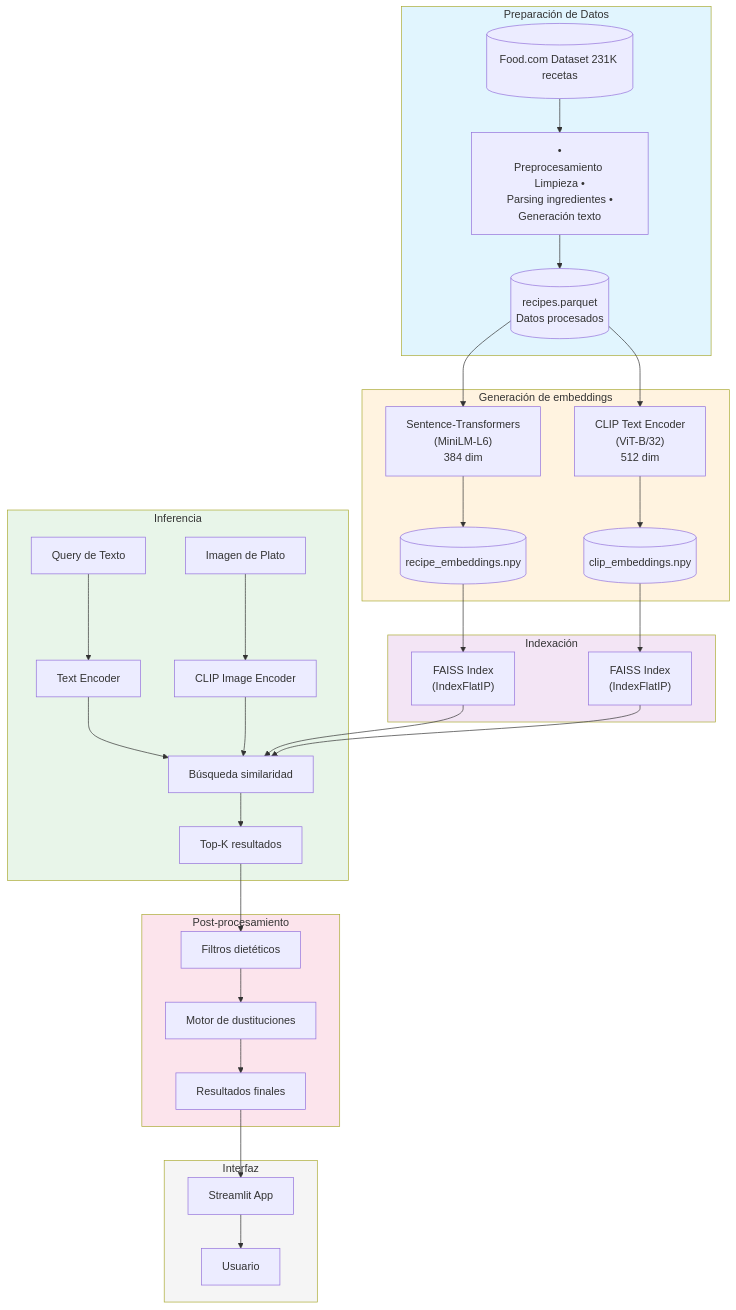
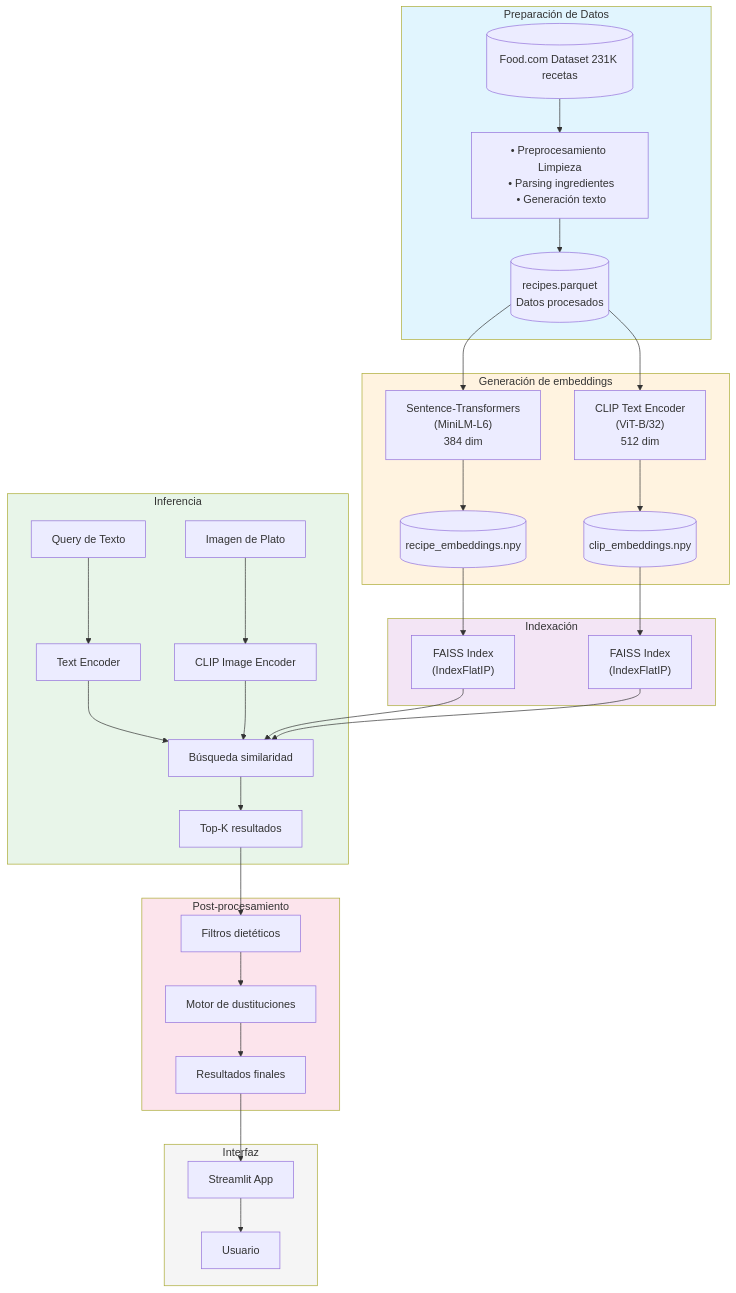
Before and after one commit to martinbrocca/CEIA-VIT: the first of 2 diagrams in README.md, drawn with Mermaid.

Commit message:
Arreglos al ReadMe

````diff
--- a/README.md
+++ b/README.md
@@ -15,47 +15,47 @@
 ```mermaid
 flowchart TB
     subgraph DATOS[" Preparación de Datos"]
-        A[("Food.com Dataset 231K recetas")] --> B["•<br>Preprocesamiento Limpieza •<br>Parsing ingredientes •<br>Generación texto"]
+        A[("Food.com Dataset 231K recetas")] --> B["• Preprocesamiento Limpieza<br> • Parsing ingredientes<br> • Generación texto"]
         B --> C[("recipes.parquet\nDatos procesados")]
     end
 
     subgraph EMBEDDINGS[" Generación de embeddings"]
         C --> D["Sentence-Transformers\n(MiniLM-L6)\n384 dim"]
         C --> E["CLIP Text Encoder\n(ViT-B/32)\n512 dim"]
         D --> F[("recipe_embeddings.npy")]
         E --> G[("clip_embeddings.npy")]
     end
 
     subgraph INDEX[" Indexación"]
         F --> H["FAISS Index\n(IndexFlatIP)"]
         G --> I["FAISS Index\n(IndexFlatIP)"]
     end
 
     subgraph INFERENCE[" Inferencia"]
         J["Query de Texto"] --> K["Text Encoder"]
         L["Imagen de Plato"] --> M["CLIP Image Encoder"]
         K --> N["Búsqueda similaridad"]
         M --> N
         H --> N
         I --> N
         N --> O["Top-K resultados"]
     end
 
     subgraph POSTPROCESS[" Post-procesamiento"]
         O --> P["Filtros dietéticos"]
         P --> Q["Motor de dustituciones"]
         Q --> R["Resultados finales"]
     end
 
     subgraph UI[" Interfaz"]
         R --> S["Streamlit App"]
         S --> T["Usuario"]
     end
 
     style DATOS fill:#e1f5fe
     style EMBEDDINGS fill:#fff3e0
     style INDEX fill:#f3e5f5
     style INFERENCE fill:#e8f5e9
     style POSTPROCESS fill:#fce4ec
     style UI fill:#f5f5f5
 ```
````
